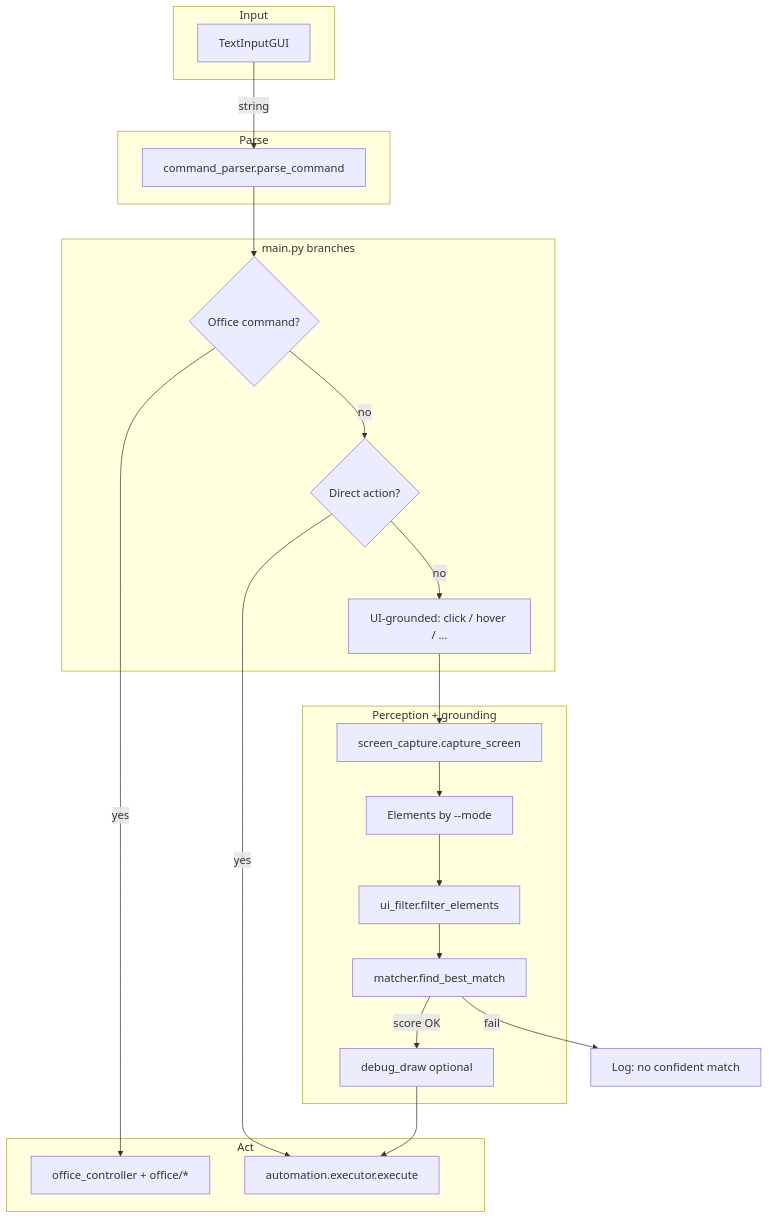
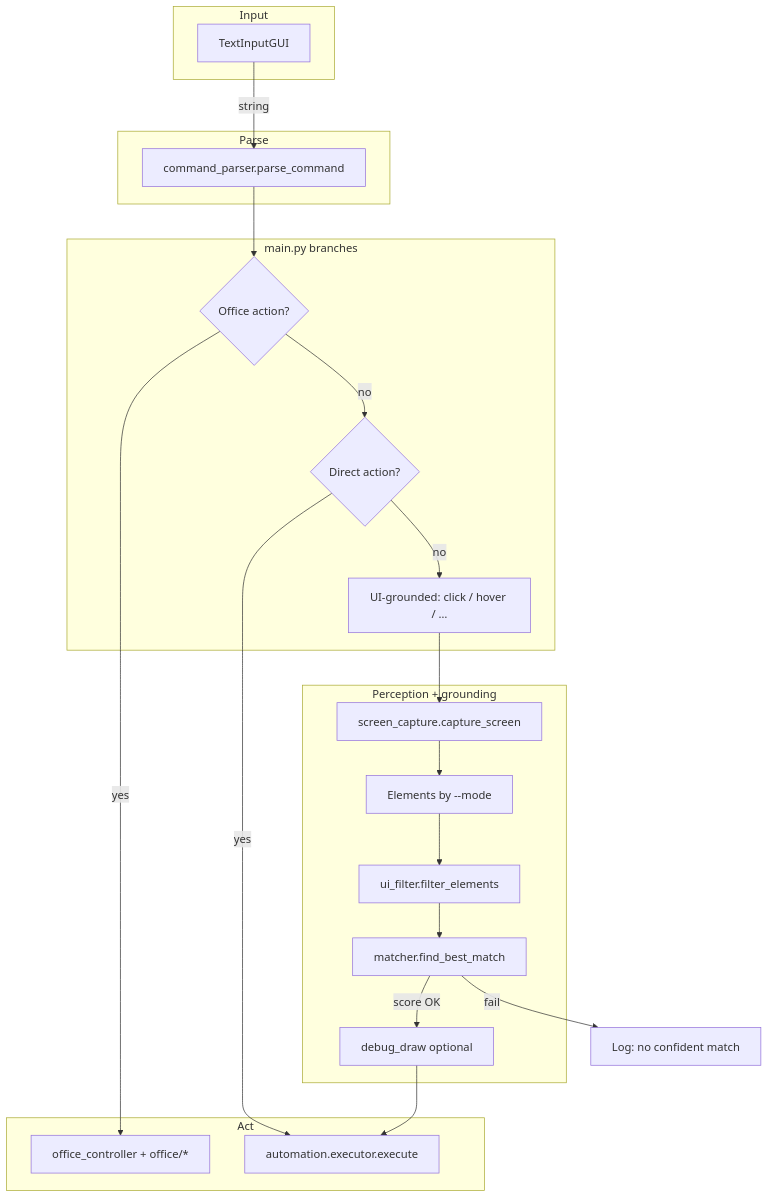
One commit to sumin-ma-1/voice-ui changed the diagram in README.md. Above: the diagram before and after it, drawn with Mermaid. The commit also changed other lines of this file, not shown here.

Commit message:
Update README.md to clarify action terminology and add action routing details.

````diff
--- a/README.md
+++ b/README.md
@@ -9,39 +9,39 @@
 ```mermaid
 flowchart TD
     subgraph in [Input]
         GUI[TextInputGUI]
     end
 
     subgraph parse [Parse]
         PC[command_parser.parse_command]
     end
 
     subgraph route [main.py branches]
-        O{Office command?}
+        O{Office action?}
         D{Direct action?}
         G[UI-grounded: click / hover / …]
     end
 
     subgraph ground [Perception + grounding]
         CAP[screen_capture.capture_screen]
         EXT[Elements by --mode]
         FLT[ui_filter.filter_elements]
         MAT[matcher.find_best_match]
         DBG[debug_draw optional]
     end
 
     subgraph out [Act]
         OC[office_controller + office/*]
         EX[automation.executor.execute]
     end
 
     GUI -->|string| PC
     PC --> O
     O -->|yes| OC
     O -->|no| D
     D -->|yes| EX
     D -->|no| G
     G --> CAP --> EXT --> FLT --> MAT
     MAT -->|score OK| DBG --> EX
     MAT -->|fail| NM[Log: no confident match]
 ```
````
